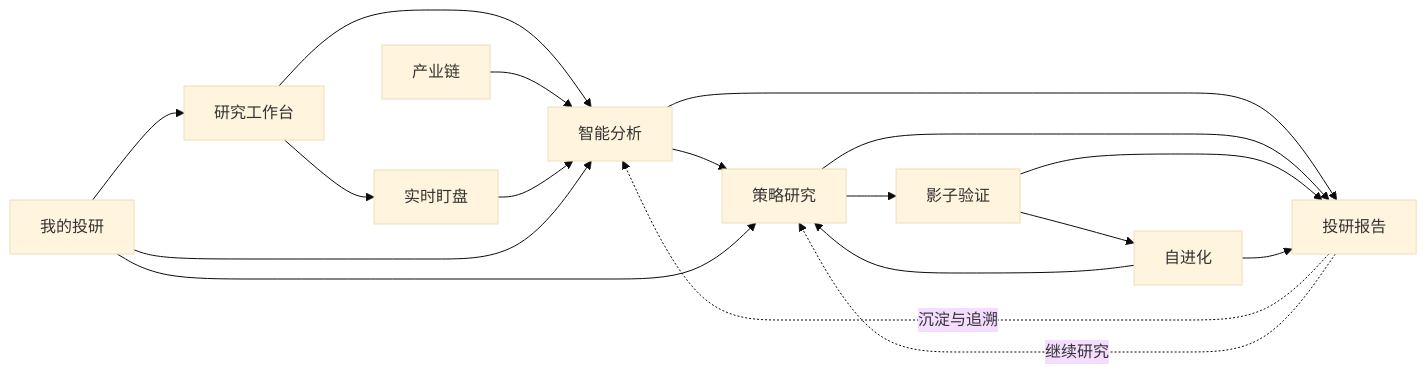
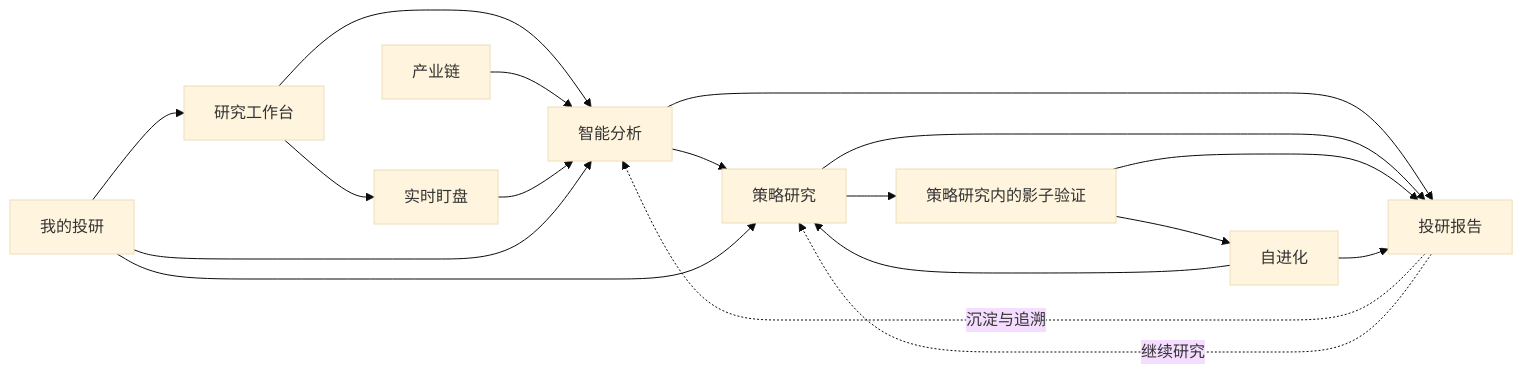
One commit to PABIPRG/pa-investment-research changed the diagram in docs/prd/v1.0/01-产品架构/01-信息架构与研究闭环.md. Above: the diagram before and after it, drawn with Mermaid (base theme). The commit also changed other lines of this file and 39 other files, not shown here.

````diff
--- a/docs/prd/v1.0/01-产品架构/01-信息架构与研究闭环.md
+++ b/docs/prd/v1.0/01-产品架构/01-信息架构与研究闭环.md
@@ -22,20 +22,20 @@
 ```mermaid
 flowchart LR
     D[研究工作台] --> W[实时盯盘]
     D --> A[智能分析]
     C[产业链] --> A
     W --> A
     A --> S[策略研究]
-    S --> H[影子验证]
+    S --> H[策略研究内的影子验证]
     H --> E[自进化]
     E --> S
     P[我的投研] --> D
     P --> A
     P --> S
     R[投研报告] -.沉淀与追溯.-> A
     R -.继续研究.-> S
     A --> R
     S --> R
     H --> R
     E --> R
 ```
````
